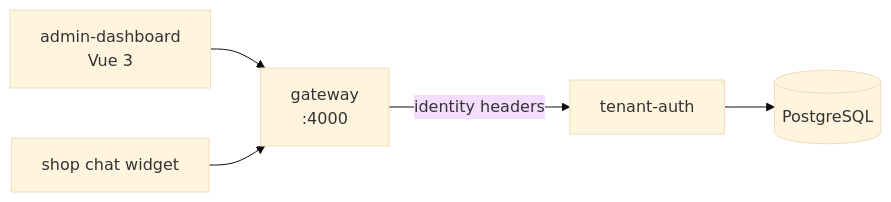
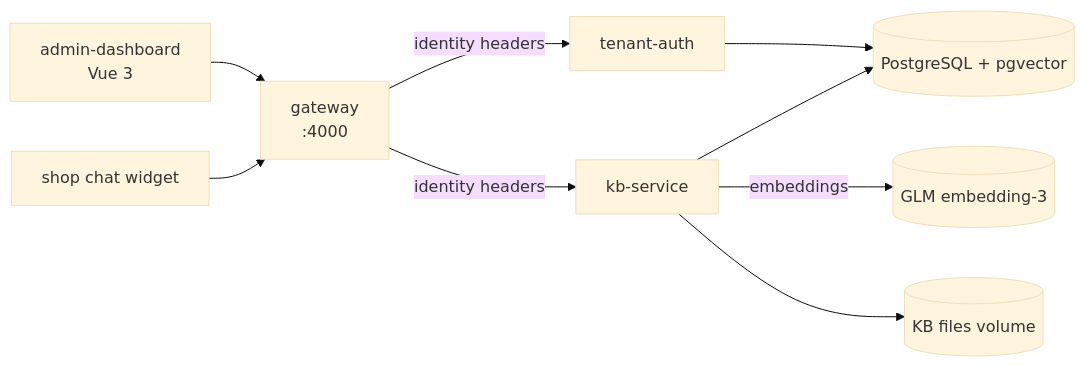
One commit to kalen1o/helpix changed the diagram in README.md. Above: the diagram before and after it, drawn with Mermaid (base theme). The commit also changed other lines of this file and 96 other files, not shown here.

First line of the commit message:
Step 2: knowledge base (kb-service, embeddings, dashboard KB page) (#4)

````diff
--- a/README.md
+++ b/README.md
@@ -116,7 +120,11 @@
 ```mermaid
 flowchart LR
   D[admin-dashboard<br/>Vue 3] --> G[gateway<br/>:4000]
   W[shop chat widget] --> G
   G -- identity headers --> T[tenant-auth]
-  T --> P[(PostgreSQL)]
+  G -- identity headers --> K[kb-service]
+  K -- embeddings --> L[(GLM embedding-3)]
+  T --> P[(PostgreSQL + pgvector)]
+  K --> P
+  K --> F[(KB files volume)]
 ```
````
